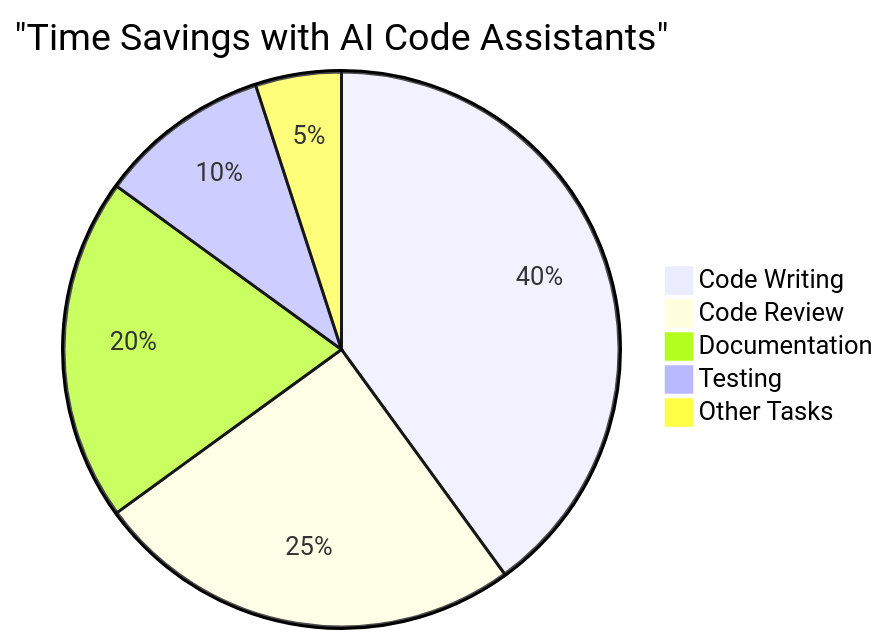
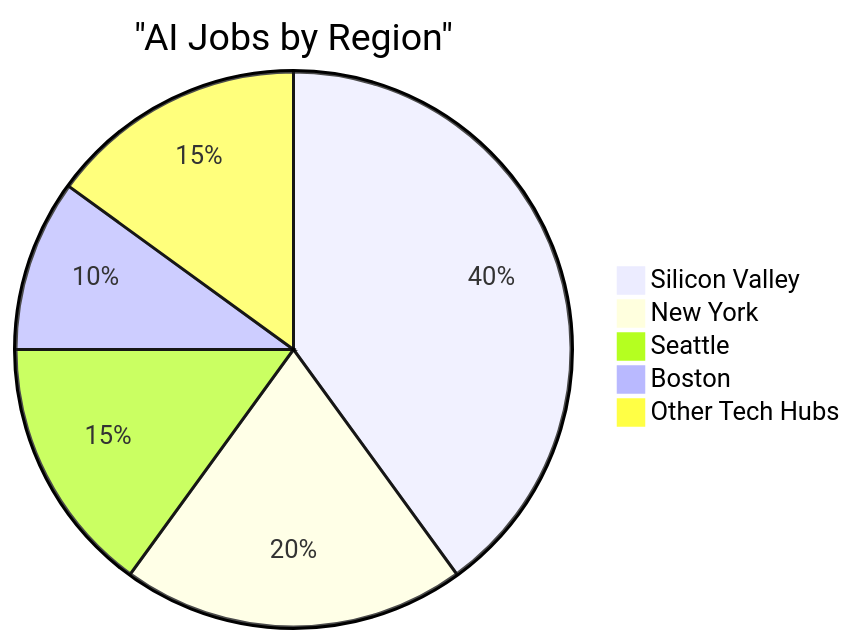
One commit to vgiri2015/ai-agentic-rag-job-market-analysis changed the sixth of 10 diagrams in data/final_report.md. Above: the diagram before and after it, drawn with Mermaid. The commit also changed other lines of this file and 1 other file, not shown here.

````diff
--- a/data/final_report.md
+++ b/data/final_report.md
@@ -60,8 +68,8 @@
 ```mermaid
-pie title "Time Savings with AI Code Assistants"
-    "Code Writing" : 40
-    "Code Review" : 25
-    "Documentation" : 20
-    "Testing" : 10
-    "Other Tasks" : 5
+pie title "AI Jobs by Region"
+    "Silicon Valley" : 40
+    "New York" : 20
+    "Seattle" : 15
+    "Boston" : 10
+    "Other Tech Hubs" : 15
 ```
````
